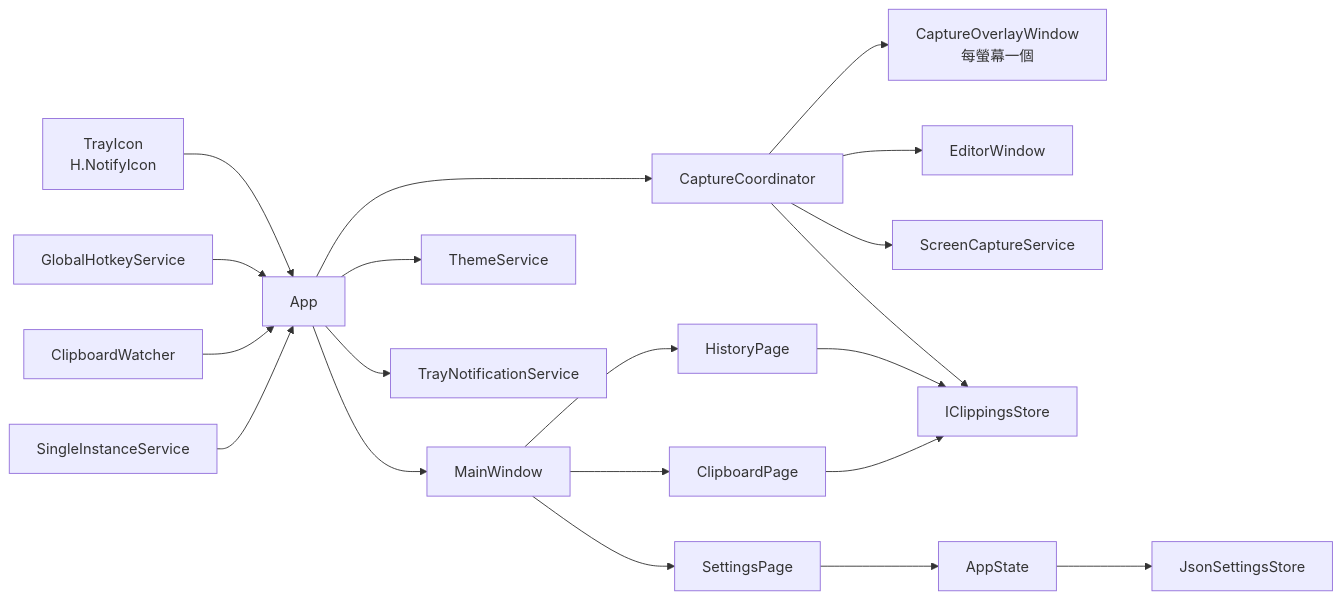
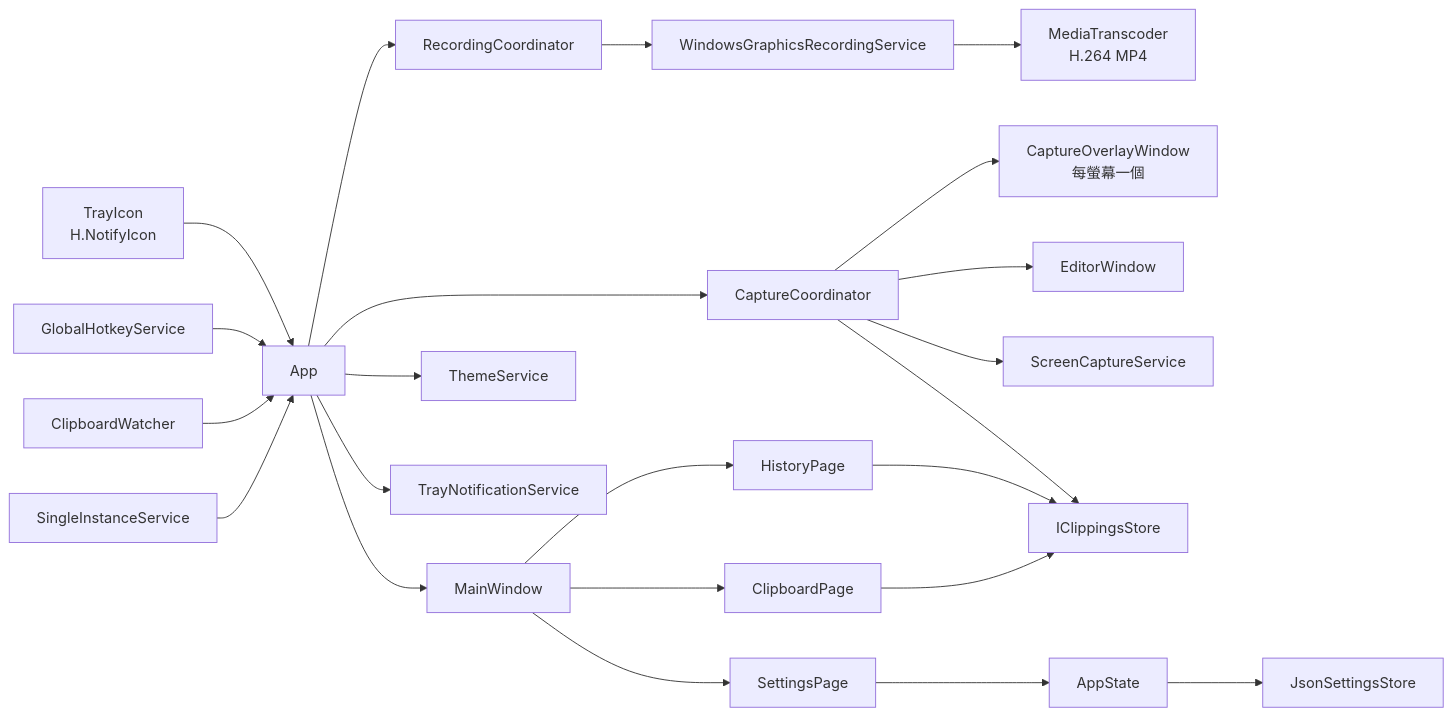
Before and after one commit to mark216tw/win-clippings-01: the second of 8 diagrams in docs/ARCHITECTURE.md, drawn with Mermaid. The commit also changed other lines of this file and 64 other files, not shown here.

````diff
--- a/docs/ARCHITECTURE.md
+++ b/docs/ARCHITECTURE.md
@@ -77,22 +77,25 @@
 ```mermaid
 flowchart LR
     TRAY["TrayIcon<br/>H.NotifyIcon"] --> APP["App"]
     HOTKEY["GlobalHotkeyService"] --> APP
     CW["ClipboardWatcher"] --> APP
     SI["SingleInstanceService"] --> APP
     APP --> COORD["CaptureCoordinator"]
+    APP --> REC["RecordingCoordinator"]
+    REC --> WGCR["WindowsGraphicsRecordingService"]
+    WGCR --> MP4["MediaTranscoder<br/>H.264 MP4"]
     COORD --> OVERLAY["CaptureOverlayWindow<br/>每螢幕一個"]
     COORD --> EDITOR["EditorWindow"]
     COORD --> CAP["ScreenCaptureService"]
     COORD --> STORE["IClippingsStore"]
     APP --> MW["MainWindow"]
     MW --> HIST["HistoryPage"]
     MW --> CLIP["ClipboardPage"]
     MW --> SET["SettingsPage"]
     SET --> STATE["AppState"]
     HIST --> STORE
     CLIP --> STORE
     STATE --> JSON["JsonSettingsStore"]
     APP --> THEME["ThemeService"]
     APP --> NOTIFY["TrayNotificationService"]
 ```
````
